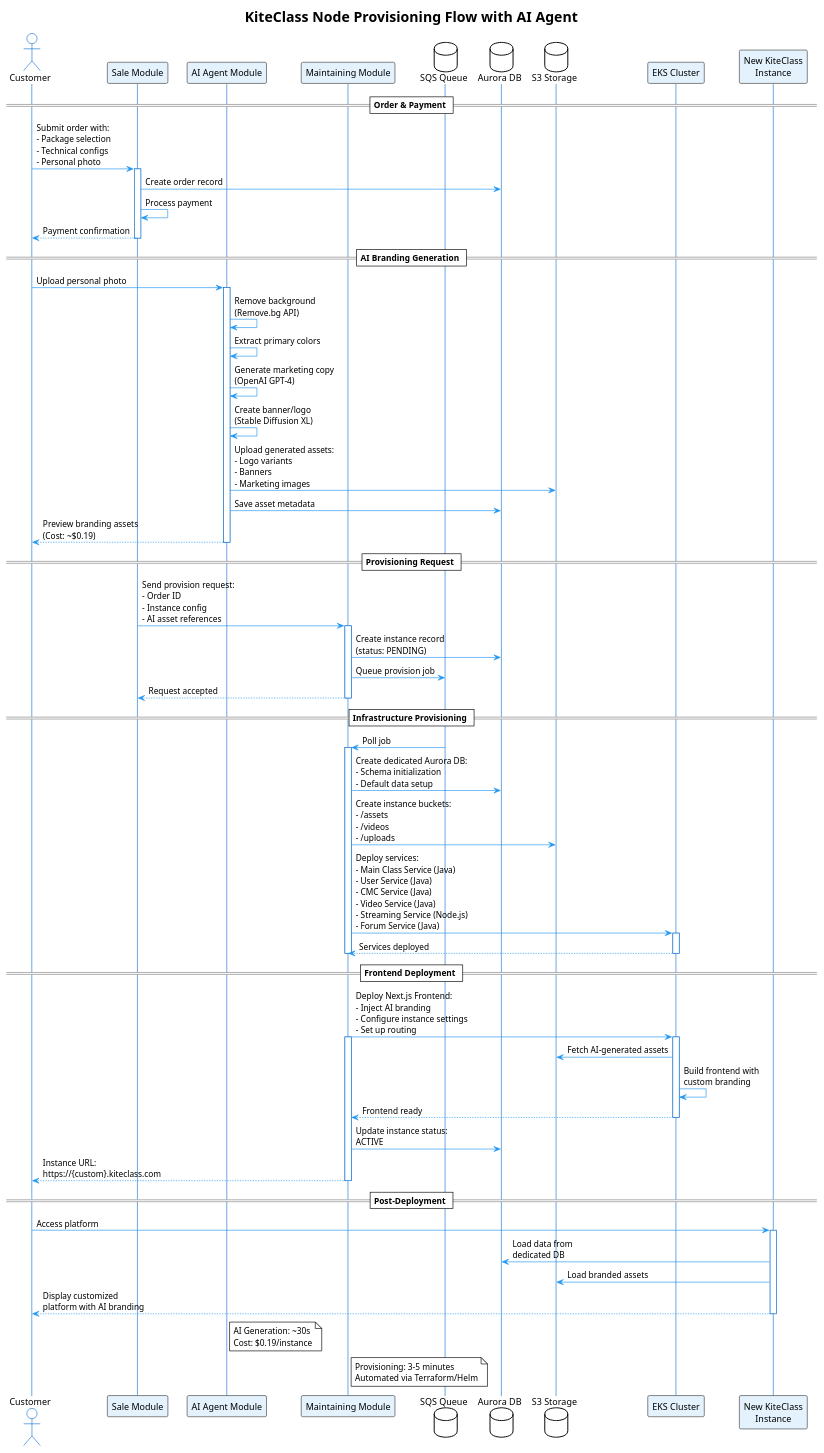
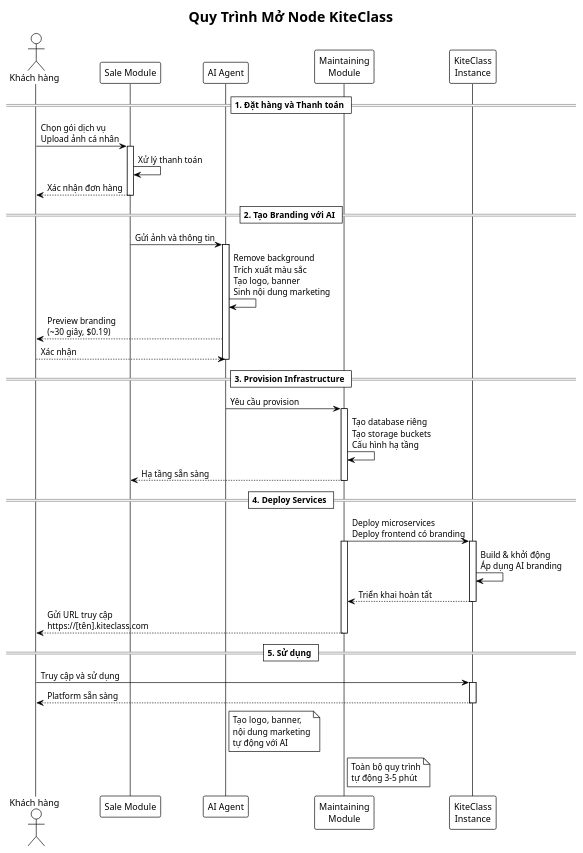
The diagram in diagrams/provisioning-flow.puml (VictorAurelius/2026-Kite-Class-Platform), drawn with PlantUML before and after one commit. The commit also changed 5 other files, not shown here.

```diff
--- a/diagrams/provisioning-flow.puml
+++ b/diagrams/provisioning-flow.puml
@@ -1,94 +1,61 @@
-@startuml KiteClass Node Provisioning Flow
+@startuml KiteClass Provisioning Flow
 !theme plain
-skinparam sequence {
-    ArrowColor #2196F3
-    ActorBorderColor #1976D2
-    LifeLineBorderColor #1976D2
-    ParticipantBorderColor #424242
-    ParticipantBackgroundColor #E3F2FD
-    BoxBackgroundColor #FFF3E0
-    FontSize 11
-}
 
-title KiteClass Node Provisioning Flow with AI Agent
+title Quy Trình Mở Node KiteClass
 
-actor "Customer" as customer
+actor "Khách hàng" as customer
 participant "Sale Module" as sale
-participant "AI Agent Module" as ai
-participant "Maintaining Module" as maintain
-database "SQS Queue" as sqs
-database "Aurora DB" as db
-database "S3 Storage" as s3
-participant "EKS Cluster" as eks
-participant "New KiteClass\nInstance" as instance
+participant "AI Agent" as ai
+participant "Maintaining\nModule" as maintain
+participant "KiteClass\nInstance" as instance
 
-== Order & Payment ==
-customer -> sale: Submit order with:\n- Package selection\n- Technical configs\n- Personal photo
+== 1. Đặt hàng và Thanh toán ==
+customer -> sale: Chọn gói dịch vụ\nUpload ảnh cá nhân
 activate sale
-sale -> db: Create order record
-sale -> sale: Process payment
-sale --> customer: Payment confirmation
+sale -> sale: Xử lý thanh toán
+sale --> customer: Xác nhận đơn hàng
 deactivate sale
 
-== AI Branding Generation ==
-customer -> ai: Upload personal photo
+== 2. Tạo Branding với AI ==
+sale -> ai: Gửi ảnh và thông tin
 activate ai
-ai -> ai: Remove background\n(Remove.bg API)
-ai -> ai: Extract primary colors
-ai -> ai: Generate marketing copy\n(OpenAI GPT-4)
-ai -> ai: Create banner/logo\n(Stable Diffusion XL)
-ai -> s3: Upload generated assets:\n- Logo variants\n- Banners\n- Marketing images
-ai -> db: Save asset metadata
-ai --> customer: Preview branding assets\n(Cost: ~$0.19)
+ai -> ai: Remove background\nTrích xuất màu sắc\nTạo logo, banner\nSinh nội dung marketing
+ai --> customer: Preview branding\n(~30 giây, $0.19)
+customer --> ai: Xác nhận
 deactivate ai
 
-== Provisioning Request ==
-sale -> maintain: Send provision request:\n- Order ID\n- Instance config\n- AI asset references
+== 3. Provision Infrastructure ==
+ai -> maintain: Yêu cầu provision
 activate maintain
-maintain -> db: Create instance record\n(status: PENDING)
-maintain -> sqs: Queue provision job
-maintain --> sale: Request accepted
+maintain -> maintain: Tạo database riêng\nTạo storage buckets\nCấu hình hạ tầng
+maintain --> sale: Hạ tầng sẵn sàng
 deactivate maintain
 
-== Infrastructure Provisioning ==
-sqs -> maintain: Poll job
+== 4. Deploy Services ==
+maintain -> instance: Deploy microservices\nDeploy frontend có branding
 activate maintain
-maintain -> db: Create dedicated Aurora DB:\n- Schema initialization\n- Default data setup
-maintain -> s3: Create instance buckets:\n- /assets\n- /videos\n- /uploads
-maintain -> eks: Deploy services:\n- Main Class Service (Java)\n- User Service (Java)\n- CMC Service (Java)\n- Video Service (Java)\n- Streaming Service (Node.js)\n- Forum Service (Java)
-activate eks
-eks --> maintain: Services deployed
-deactivate eks
+activate instance
+instance -> instance: Build & khởi động\nÁp dụng AI branding
+instance --> maintain: Triển khai hoàn tất
+deactivate instance
+maintain --> customer: Gửi URL truy cập\nhttps://[tên].kiteclass.com
 deactivate maintain
 
-== Frontend Deployment ==
-maintain -> eks: Deploy Next.js Frontend:\n- Inject AI branding\n- Configure instance settings\n- Set up routing
-activate maintain
-activate eks
-eks -> s3: Fetch AI-generated assets
-eks -> eks: Build frontend with\ncustom branding
-eks --> maintain: Frontend ready
-deactivate eks
-maintain -> db: Update instance status:\nACTIVE
-maintain --> customer: Instance URL:\nhttps://{custom}.kiteclass.com
-deactivate maintain
-
-== Post-Deployment ==
-customer -> instance: Access platform
+== 5. Sử dụng ==
+customer -> instance: Truy cập và sử dụng
 activate instance
-instance -> db: Load data from\ndedicated DB
-instance -> s3: Load branded assets
-instance --> customer: Display customized\nplatform with AI branding
+instance --> customer: Platform sẵn sàng
 deactivate instance
 
 note right of ai
-  AI Generation: ~30s
-  Cost: $0.19/instance
+  Tạo logo, banner,
+  nội dung marketing
+  tự động với AI
 end note
 
 note right of maintain
-  Provisioning: 3-5 minutes
-  Automated via Terraform/Helm
+  Toàn bộ quy trình
+  tự động 3-5 phút
 end note
 
 @enduml
```
